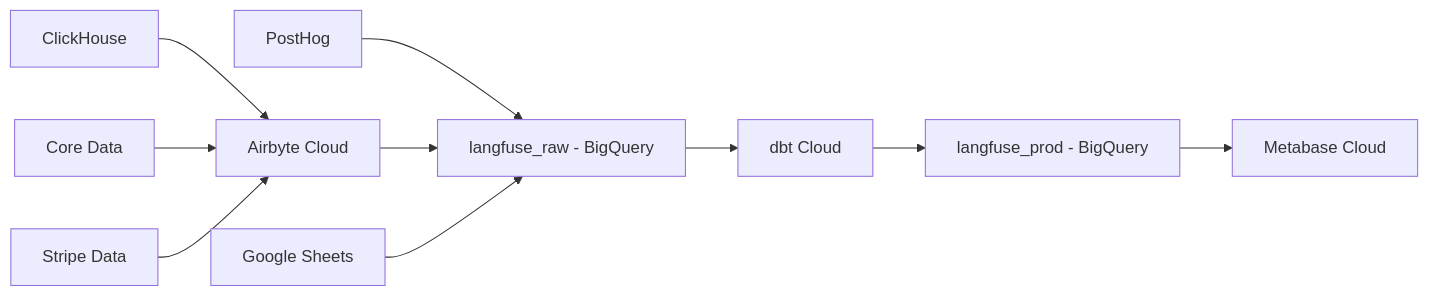
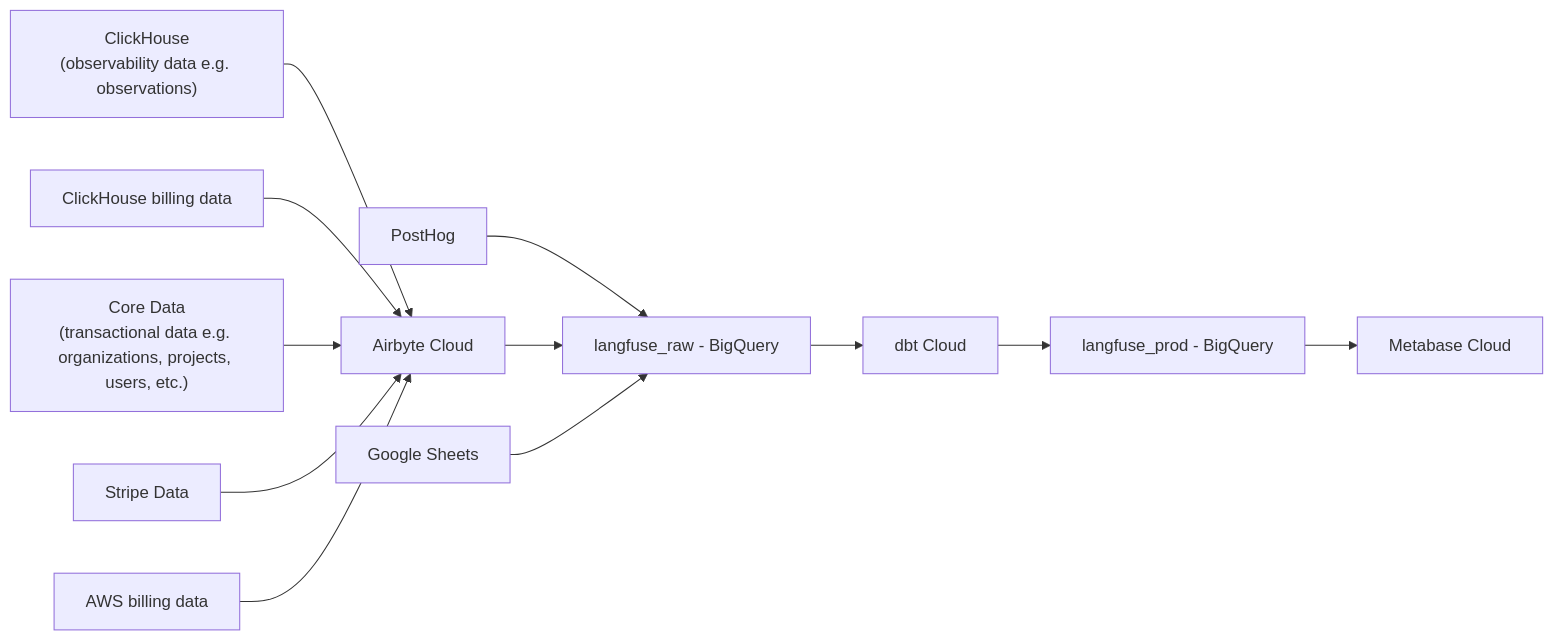
One commit to langfuse/langfuse-docs changed the diagram in pages/handbook/product-engineering/analytics.mdx. Above: the diagram before and after it, drawn with Mermaid.

Commit message:
improve analytics docs

````diff
--- a/pages/handbook/product-engineering/analytics.mdx
+++ b/pages/handbook/product-engineering/analytics.mdx
@@ -12,19 +12,21 @@
 ```mermaid
 graph LR
     %% Data Sources
     PH[PostHog] --> RAW
     AB[Airbyte Cloud] --> RAW
     GS[Google Sheets] --> RAW
 
     %% Airbyte Sources
-    CH[ClickHouse] --> AB
-    CD[Core Data] --> AB
+    CH["ClickHouse<br/>(observability data e.g. observations)"] --> AB
+    CHB[ClickHouse billing data] --> AB
+    CD["Core Data<br/>(transactional data e.g. organizations, projects, users, etc.)"] --> AB
     SD[Stripe Data] --> AB
+    AWS[AWS billing data] --> AB
 
     %% Data Processing
     RAW[langfuse_raw - BigQuery ] --> DBT[dbt Cloud]
     DBT --> PROD[langfuse_prod - BigQuery]
 
     %% Visualization
     PROD --> MB[Metabase Cloud]
 ```
````
